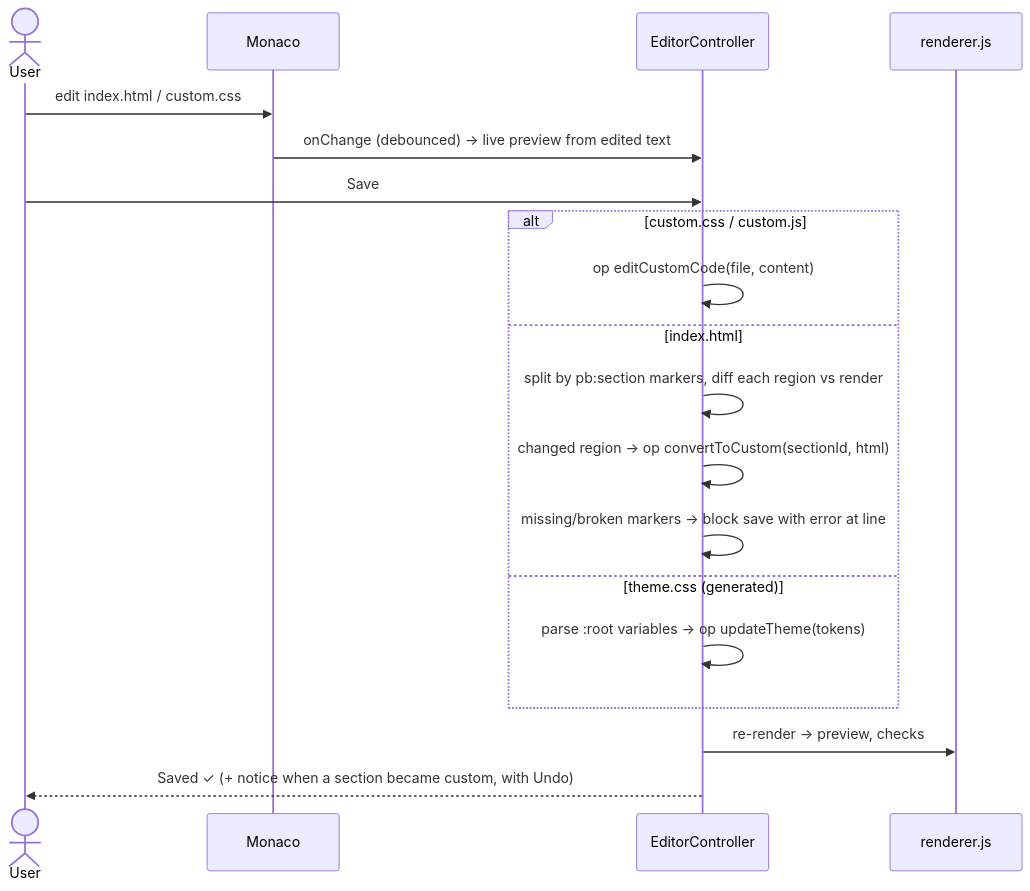
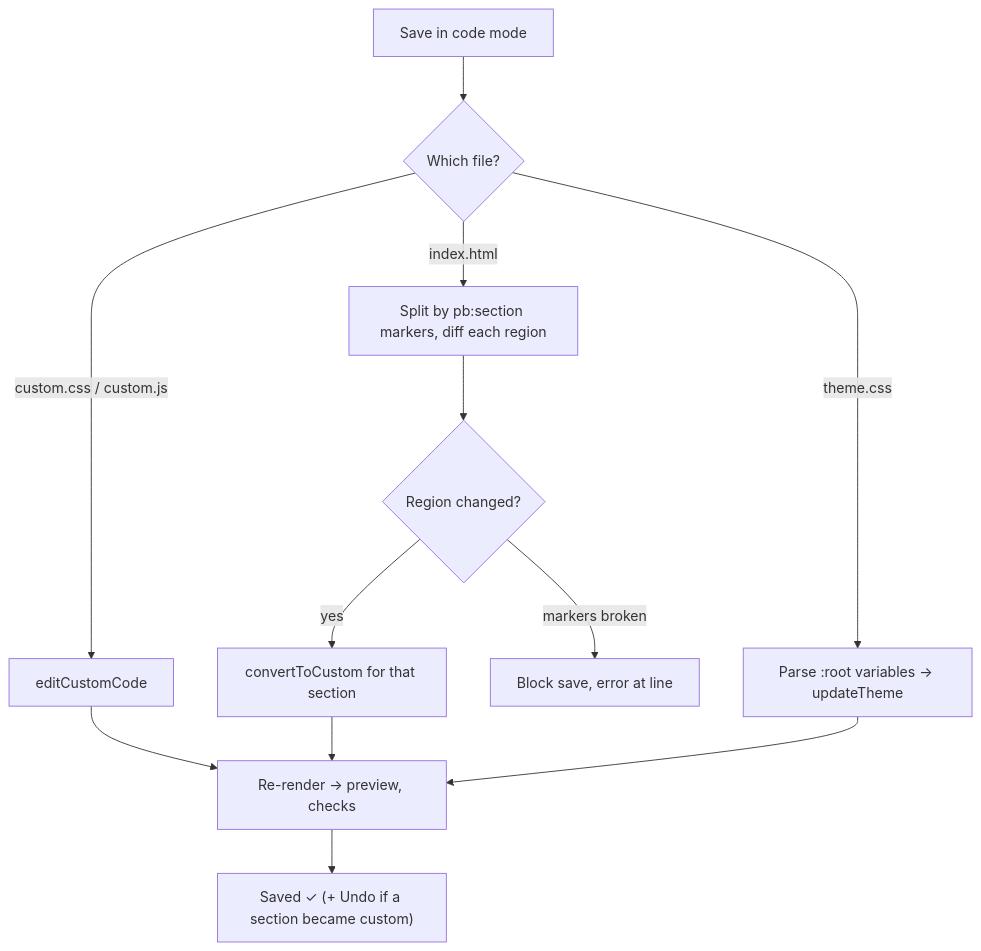
One commit to iamsanuponnulli-hue/PORTFOLIO-BUILDER changed diagram 11 of 17 in docs/ARCHITECTURE.md. Above: the diagram before and after it, drawn with Mermaid. The commit also changed other lines of this file and 1 other file, not shown here.

````diff
--- a/docs/ARCHITECTURE.md
+++ b/docs/ARCHITECTURE.md
@@ -422,21 +457,14 @@
 ```mermaid
-sequenceDiagram
-  actor U as User
-  participant MO as Monaco
-  participant EC as EditorController
-  participant R as renderer.js
-  U->>MO: edit index.html / custom.css
-  MO->>EC: onChange (debounced) → live preview from edited text
-  U->>EC: Save
-  alt custom.css / custom.js
-    EC->>EC: op editCustomCode(file, content)
-  else index.html
-    EC->>EC: split by pb:section markers, diff each region vs render
-    EC->>EC: changed region → op convertToCustom(sectionId, html)
-    EC->>EC: missing/broken markers → block save with error at line
-  else theme.css (generated)
-    EC->>EC: parse :root variables → op updateTheme(tokens)
-  end
-  EC->>R: re-render → preview, checks
-  EC-->>U: Saved ✓ (+ notice when a section became custom, with Undo)
+flowchart TD
+  S["Save in code mode"] --> F{"Which file?"}
+  F -- custom.css / custom.js --> A["editCustomCode"]
+  F -- index.html --> B["Split by pb:section markers, diff each region"]
+  B --> B1{"Region changed?"}
+  B1 -- yes --> C["convertToCustom for that section"]
+  B1 -- markers broken --> E["Block save, error at line"]
+  F -- theme.css --> T["Parse :root variables → updateTheme"]
+  A --> R["Re-render → preview, checks"]
+  C --> R
+  T --> R
+  R --> N["Saved ✓ (+ Undo if a section became custom)"]
 ```
````
